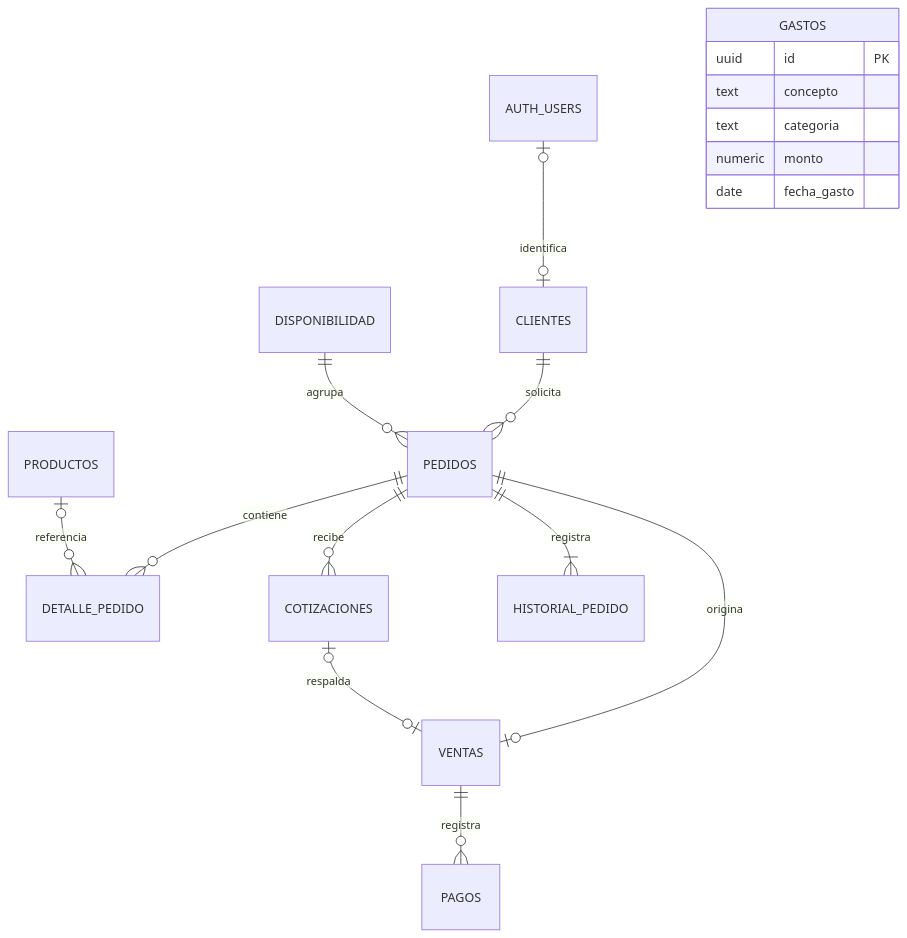
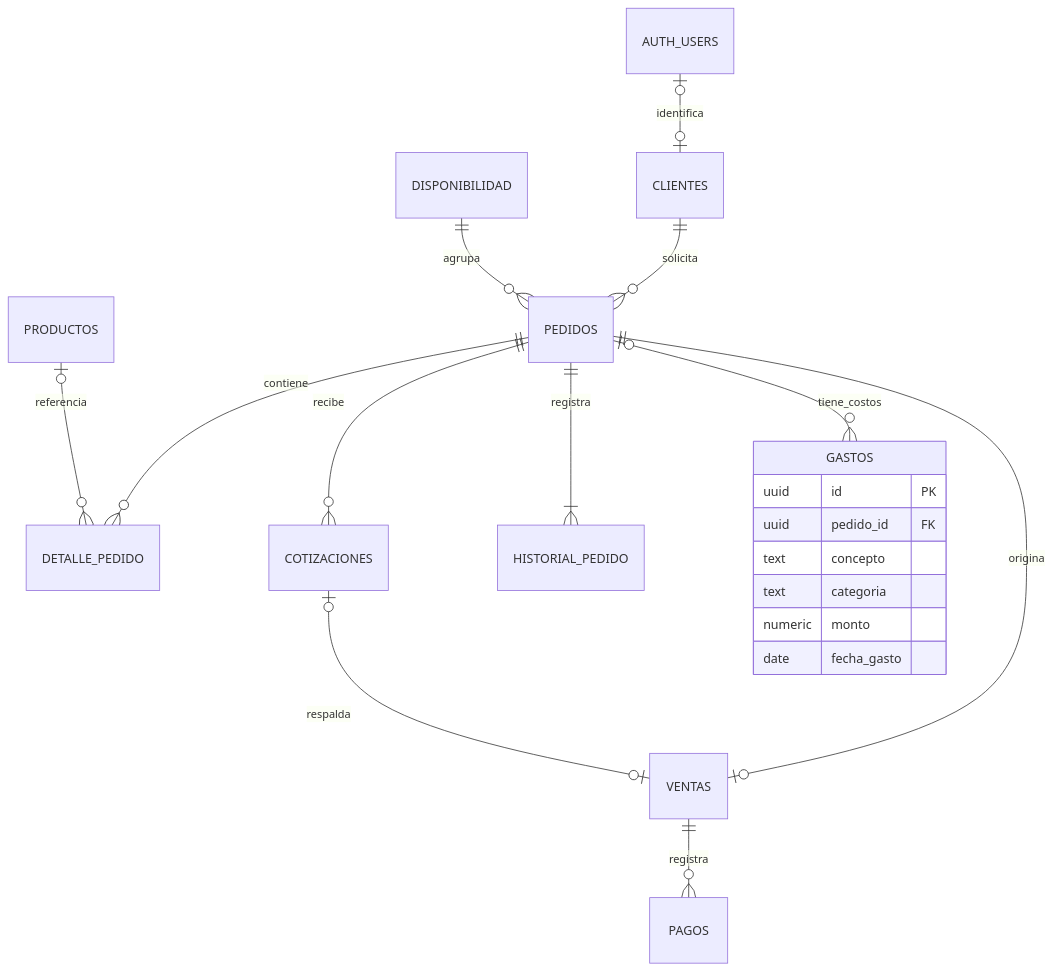
The diagram in docs/base-de-datos.md (GelipeMlg/delicias-de-mama-android), drawn with Mermaid before and after one commit. The commit also changed other lines of this file and 3 other files, not shown here.

Commit message:
feat(db): vincular gastos opcionales a pedidos

````diff
--- a/docs/base-de-datos.md
+++ b/docs/base-de-datos.md
@@ -14,20 +14,22 @@
 ```mermaid
 erDiagram
     AUTH_USERS o|--o| CLIENTES : identifica
     CLIENTES ||--o{ PEDIDOS : solicita
     DISPONIBILIDAD ||--o{ PEDIDOS : agrupa
     PEDIDOS ||--o{ DETALLE_PEDIDO : contiene
     PRODUCTOS o|--o{ DETALLE_PEDIDO : referencia
     PEDIDOS ||--o{ COTIZACIONES : recibe
     PEDIDOS ||--o| VENTAS : origina
     COTIZACIONES o|--o| VENTAS : respalda
     VENTAS ||--o{ PAGOS : registra
     PEDIDOS ||--|{ HISTORIAL_PEDIDO : registra
+    PEDIDOS o|--o{ GASTOS : tiene_costos
     GASTOS {
         uuid id PK
+        uuid pedido_id FK
         text concepto
         text categoria
         numeric monto
         date fecha_gasto
     }
 ```
````
